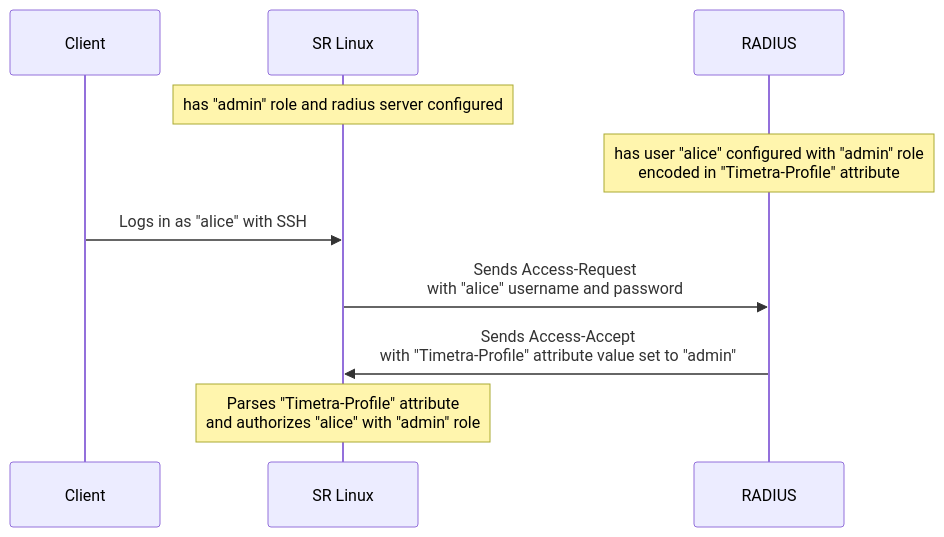
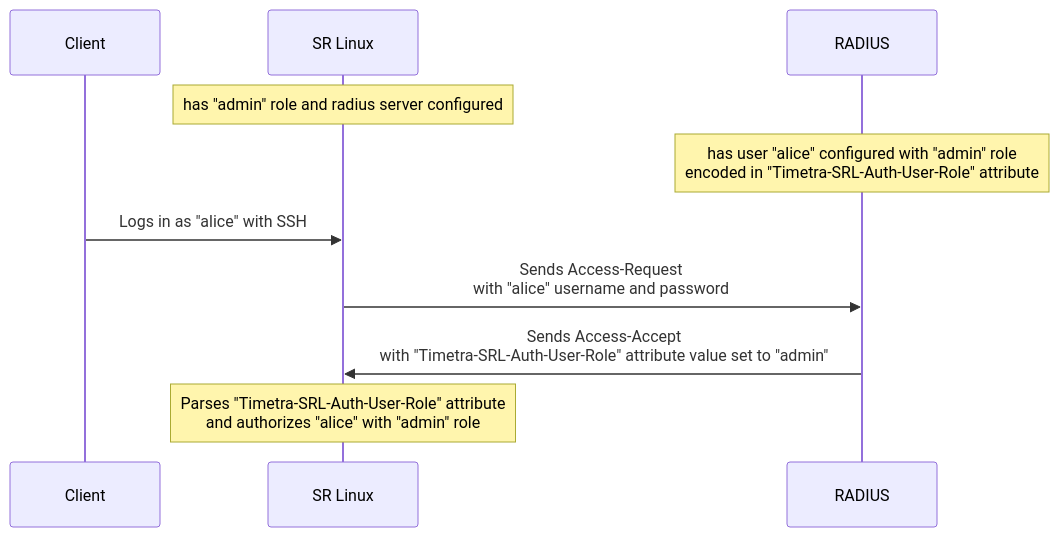
Before and after one commit to srl-labs/learn-srlinux: the diagram in docs/blog/posts/2024/srl-radius.md, drawn with Mermaid. The commit also changed other lines of this file and 3 other files, not shown here.

````diff
--- a/docs/blog/posts/2024/srl-radius.md
+++ b/docs/blog/posts/2024/srl-radius.md
@@ -87,15 +98,15 @@
 ```mermaid
 sequenceDiagram
     participant C as Client
     participant S as SR Linux
     participant R as RADIUS
 
     Note over S: has "admin" role and radius server configured
 
-    Note over R: has user "alice" configured with "admin" role<br/>encoded in "Timetra-Profile" attribute
+    Note over R: has user "alice" configured with "admin" role<br/>encoded in "Timetra-SRL-Auth-User-Role" attribute
 
     C->>S: Logs in as "alice" with SSH
     S->>R: Sends Access-Request<br/>with "alice" username and password
-    R->>S: Sends Access-Accept<br/>with "Timetra-Profile" attribute value set to "admin"
-    Note over S: Parses "Timetra-Profile" attribute<br/>and authorizes "alice" with "admin" role
+    R->>S: Sends Access-Accept<br/>with "Timetra-SRL-Auth-User-Role" attribute value set to "admin"
+    Note over S: Parses "Timetra-SRL-Auth-User-Role" attribute<br/>and authorizes "alice" with "admin" role
 ```
````
